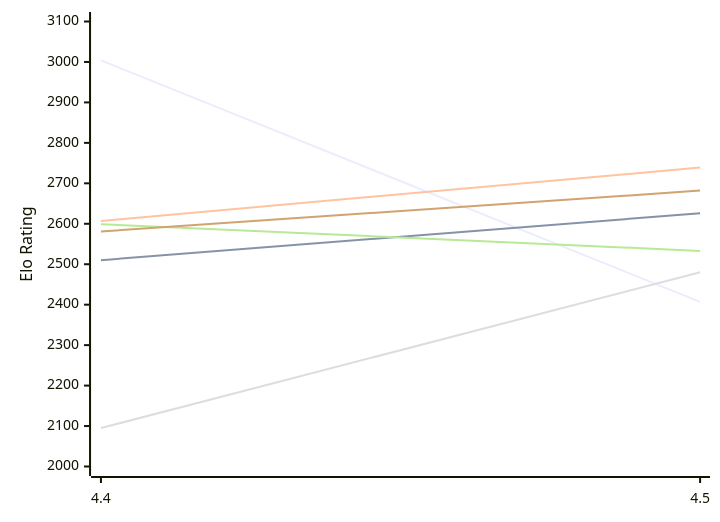
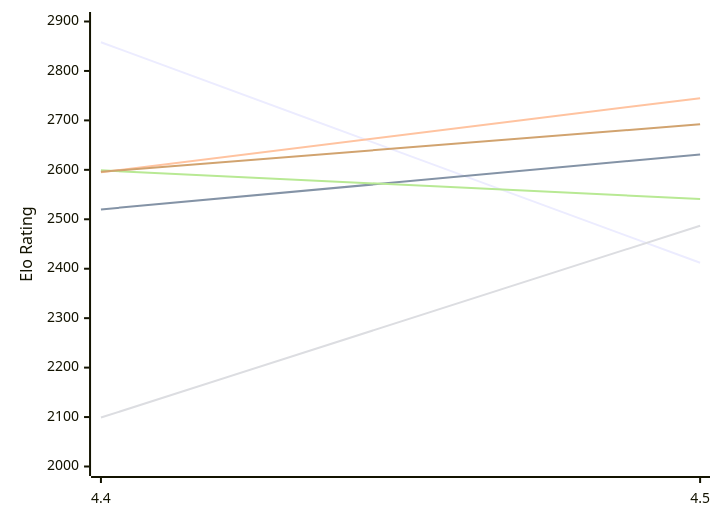
Before and after one commit to computer-chess-index/cci: the first of 2 diagrams in engines/Eubos.md, drawn with Mermaid. The commit also changed other lines of this file, not shown here.

Commit message:
Update CCI Ratings (ELO VLTC) - 2026-11-16

````diff
--- a/engines/Eubos.md
+++ b/engines/Eubos.md
@@ -52,12 +52,12 @@
 ```mermaid
 %%{init: {"theme":"base","themeVariables":{"seriesColors:['#a3a3a3','#222221','#faa371']}}}%%
 xychart-beta
   x-axis ["4.4", "4.5"]
-  y-axis "Elo Rating" 2000 --> 3100
-  line "E1: STC (8.0+0.08s)" [3004, 2407]
-  line "E1: LTC (60.0+0.60s)" [2510, 2626]
-  line "E1: VLTC (2m24s+1.12s)" [2607, 2739]
-  line "P1: STC (8.0+0.08s)" [2095, 2480]
-  line "P1: LTC (60.0+0.60s)" [2599, 2533]
-  line "P1: VLTC (2m24s+1.12s)" [2581, 2682]
+  y-axis "Elo Rating" 2000 --> 2900
+  line "E1: STC (8.0+0.08s)" [2858, 2412]
+  line "E1: LTC (60.0+0.60s)" [2520, 2631]
+  line "E1: VLTC (2m24s+1.12s)" [2595, 2745]
+  line "P1: STC (8.0+0.08s)" [2099, 2487]
+  line "P1: LTC (60.0+0.60s)" [2599, 2541]
+  line "P1: VLTC (2m24s+1.12s)" [2596, 2692]
 ```
````
